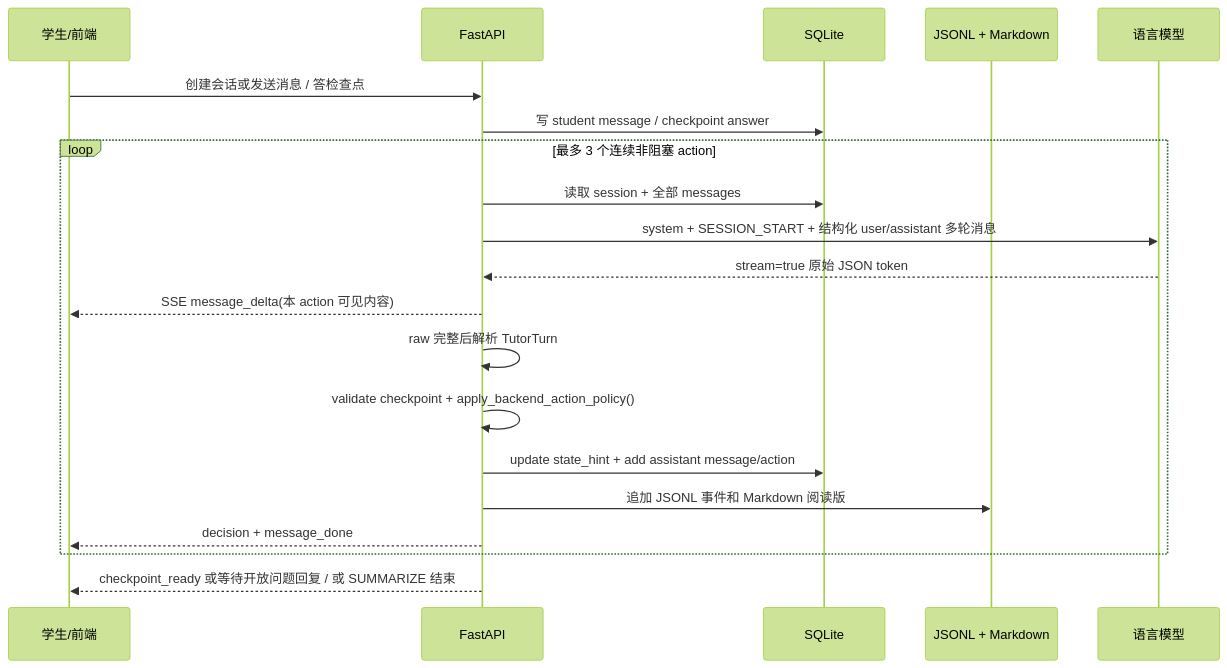
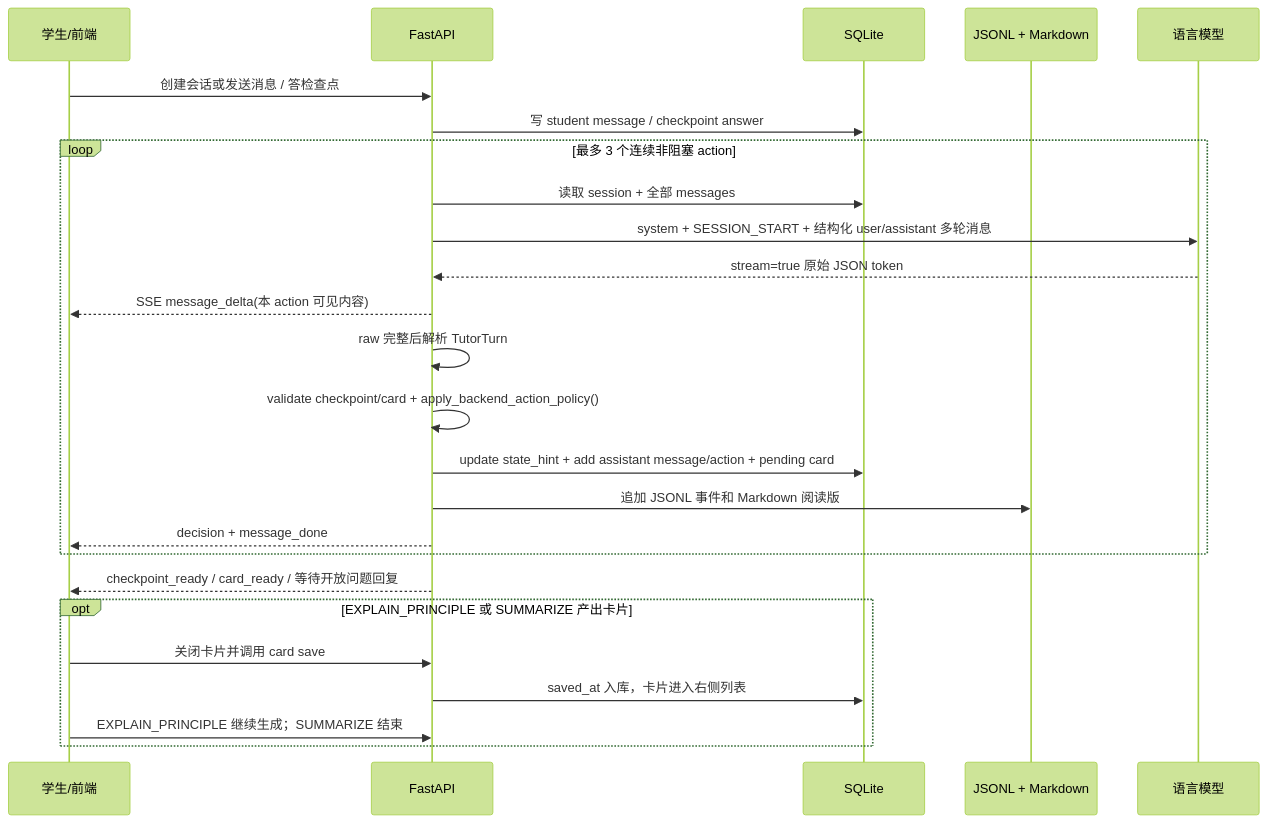
The diagram in docs/state-machine.md (robbinpanda/Diagnostic-teaching), drawn with Mermaid (forest theme) before and after one commit. The commit also changed other lines of this file and 21 other files, not shown here.

````diff
--- a/docs/state-machine.md
+++ b/docs/state-machine.md
@@ -20,23 +20,28 @@
 ```mermaid
 sequenceDiagram
   participant Student as 学生/前端
   participant API as FastAPI
   participant DB as SQLite
   participant Log as JSONL + Markdown
   participant LLM as 语言模型
 
   Student->>API: 创建会话或发送消息 / 答检查点
   API->>DB: 写 student message / checkpoint answer
   loop 最多 3 个连续非阻塞 action
     API->>DB: 读取 session + 全部 messages
     API->>LLM: system + SESSION_START + 结构化 user/assistant 多轮消息
     LLM-->>API: stream=true 原始 JSON token
     API-->>Student: SSE message_delta(本 action 可见内容)
     API->>API: raw 完整后解析 TutorTurn
-    API->>API: validate checkpoint + apply_backend_action_policy()
-    API->>DB: update state_hint + add assistant message/action
+    API->>API: validate checkpoint/card + apply_backend_action_policy()
+    API->>DB: update state_hint + add assistant message/action + pending card
     API->>Log: 追加 JSONL 事件和 Markdown 阅读版
     API-->>Student: decision + message_done
   end
-  API-->>Student: checkpoint_ready 或等待开放问题回复 / 或 SUMMARIZE 结束
+  API-->>Student: checkpoint_ready / card_ready / 等待开放问题回复
+  opt EXPLAIN_PRINCIPLE 或 SUMMARIZE 产出卡片
+    Student->>API: 关闭卡片并调用 card save
+    API->>DB: saved_at 入库，卡片进入右侧列表
+    Student->>API: EXPLAIN_PRINCIPLE 继续生成；SUMMARIZE 结束
+  end
 ```
````
